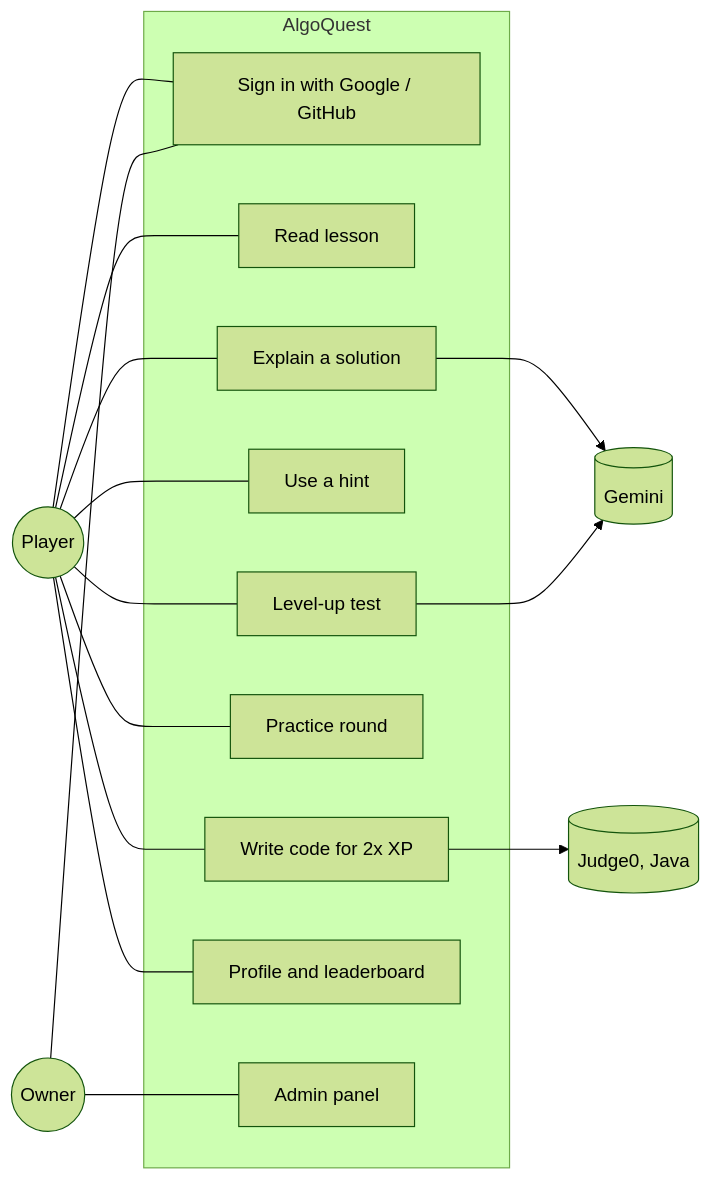
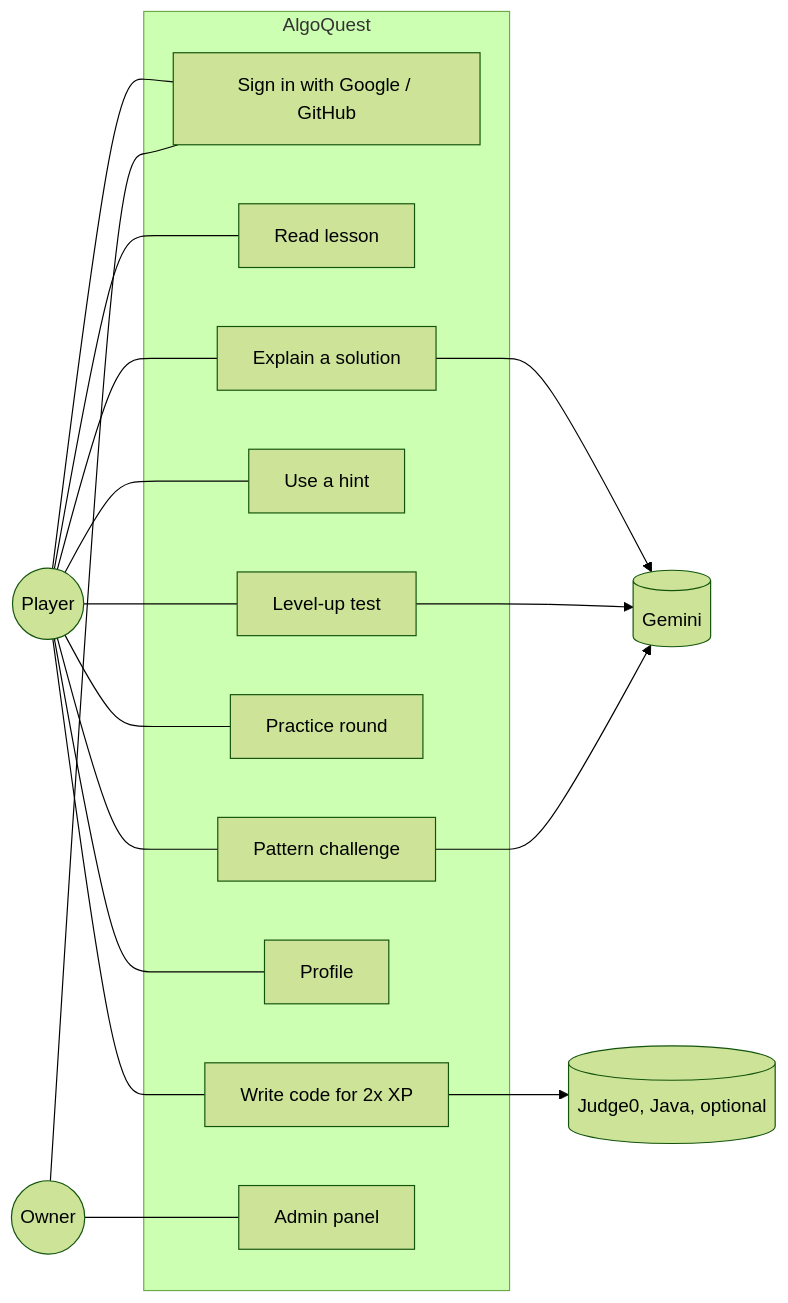
The third of 8 diagrams in docs/ARCHITECTURE.md (lamkhai0604/algoquest), drawn with Mermaid (forest theme) before and after one commit. The commit also changed other lines of this file and 18 other files, not shown here.

````diff
--- a/docs/ARCHITECTURE.md
+++ b/docs/ARCHITECTURE.md
@@ -140,21 +153,23 @@
 ```mermaid
 flowchart LR
     L((Player))
     O((Owner))
     subgraph AlgoQuest
       U1[Sign in with Google / GitHub]
       U2[Read lesson]
       U3[Explain a solution]
       U4[Use a hint]
       U5[Write code for 2x XP]
       U6[Practice round]
       U7[Level-up test]
-      U8[Profile and leaderboard]
+      U8[Profile]
+      U10[Pattern challenge]
       U9[Admin panel]
     end
-    L --- U1 & U2 & U3 & U4 & U5 & U6 & U7 & U8
+    L --- U1 & U2 & U3 & U4 & U5 & U6 & U7 & U8 & U10
     O --- U1 & U9
     U3 --> G[(Gemini)]
     U7 --> G
-    U5 --> J[(Judge0, Java)]
+    U10 --> G
+    U5 --> J[(Judge0, Java, optional)]
 ```
````
